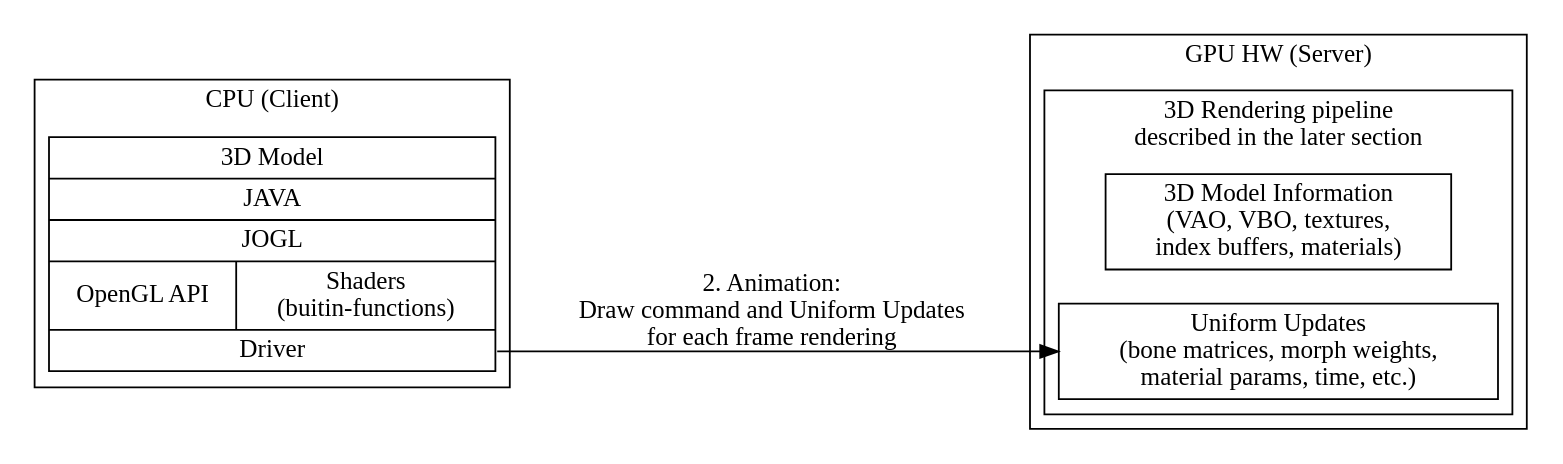
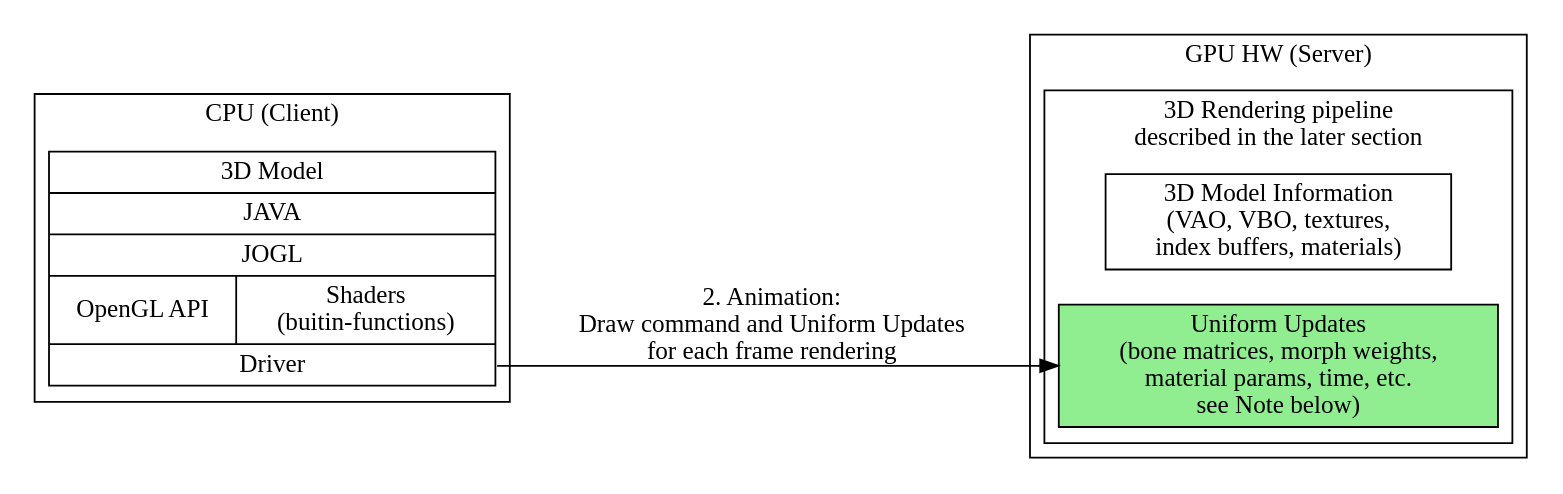
Before and after one commit to Jonathan2251/lbd: the diagram in Fig/gpu/graphic-sw-stack-2.gv, drawn with Graphviz. The commit also changed 16 other files, not shown here.

```diff
--- a/Fig/gpu/graphic-sw-stack-2.gv
+++ b/Fig/gpu/graphic-sw-stack-2.gv
@@ -1,21 +1,21 @@
 digraph G {
   rankdir=LR;
   
   compound=true;
   node [shape=record];
   subgraph cluster_cpu {
     label = "CPU (Client)";
     CPU_SW [label=" 3D Model | JAVA | JOGL | { OpenGL API | Shaders \n (buitin-functions)} | <f1> Driver"];
   }
   subgraph cluster_gpu {
     label = "GPU HW (Server)";
     subgraph cluster_gpu_sw {
       label = "3D Rendering pipeline \ndescribed in the later section";
       ModelData        [label="3D Model Information\n(VAO, VBO, textures,\nindex buffers, materials)"];
-      UniformUpdates   [label="Uniform Updates\n(bone matrices, morph weights,\nmaterial params, time, etc.)"];
+      UniformUpdates   [label="Uniform Updates\n(bone matrices, morph weights,\nmaterial params, time, etc.\nsee Note below)", style=filled, fillcolor=lightgreen, color="black"];
     }
   }
   CPU_SW:f1 -> UniformUpdates [label="2. Animation: \nDraw command and Uniform Updates\nfor each frame rendering"];
     
 //  label = "Graphic SW Stack";
 }
```
